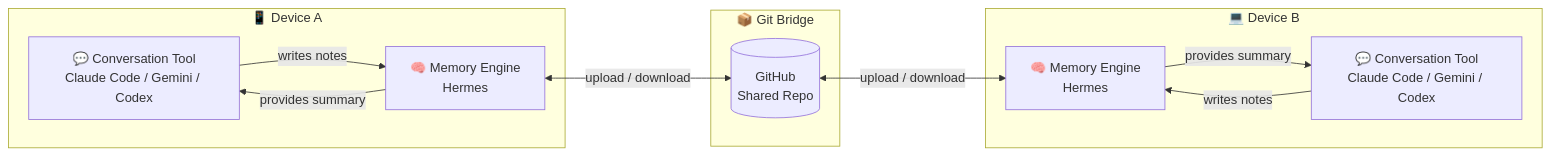
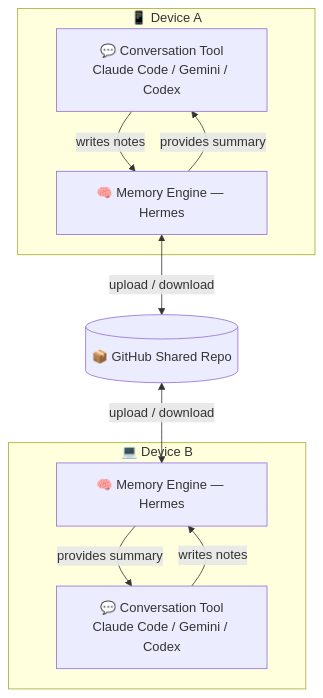
Before and after one commit to atsyty/CortexNexus: the first of 3 diagrams in README.md, drawn with Mermaid.

Commit message:
docs: switch architecture diagram to vertical layout
Change from left-right to top-down layout for better readability
on GitHub without needing to zoom. Device A at top, Git Bridge
in middle, Device B at bottom — compact and symmetrical.

````diff
--- a/README.md
+++ b/README.md
@@ -48,23 +48,21 @@
 ```mermaid
-graph LR
+graph TD
     subgraph "📱 Device A"
-        CT1[💬 Conversation Tool<br/>Claude Code / Gemini / Codex]
-        ME1[🧠 Memory Engine<br/>Hermes]
+        CT1["💬 Conversation Tool<br/>Claude Code / Gemini / Codex"]
+        ME1["🧠 Memory Engine — Hermes"]
         CT1 -->|writes notes| ME1
         ME1 -->|provides summary| CT1
     end
 
-    subgraph "📦 Git Bridge"
-        G[(GitHub<br/>Shared Repo)]
-    end
+    G[("📦 GitHub Shared Repo")]
 
     subgraph "💻 Device B"
-        CT2[💬 Conversation Tool<br/>Claude Code / Gemini / Codex]
-        ME2[🧠 Memory Engine<br/>Hermes]
+        CT2["💬 Conversation Tool<br/>Claude Code / Gemini / Codex"]
+        ME2["🧠 Memory Engine — Hermes"]
         CT2 -->|writes notes| ME2
         ME2 -->|provides summary| CT2
     end
 
     ME1 <-->|upload / download| G
     G <-->|upload / download| ME2
 ```
````
